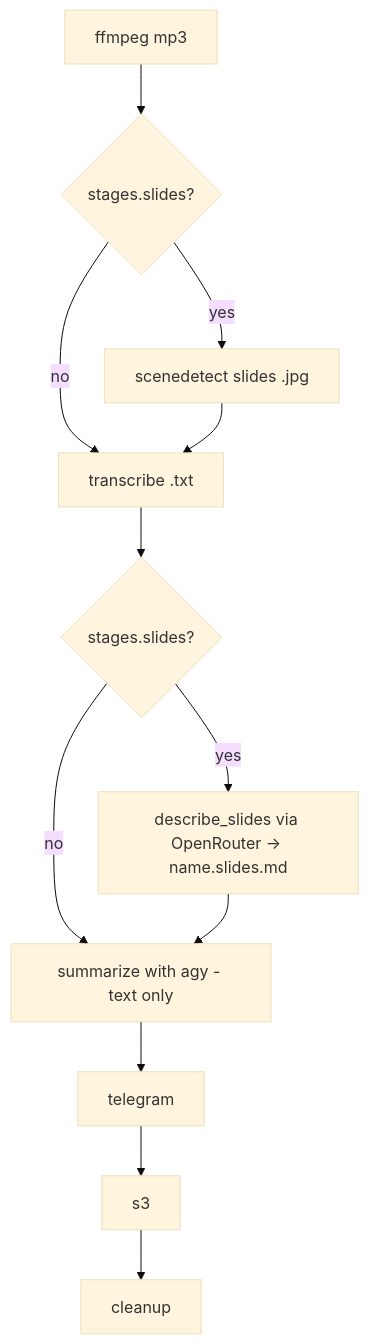
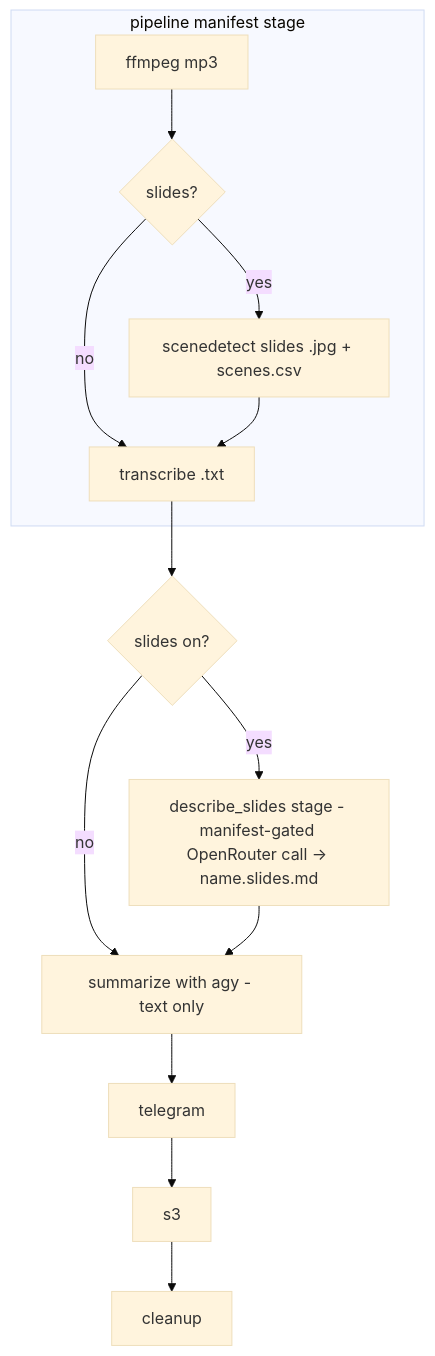
One commit to neurowitchers/transcriber changed the diagram in docs/specs/slide-description-openrouter.md. Above: the diagram before and after it, drawn with Mermaid (base theme). The commit also changed other lines of this file and 1 other file, not shown here.

````diff
--- a/docs/specs/slide-description-openrouter.md
+++ b/docs/specs/slide-description-openrouter.md
@@ -117,12 +176,14 @@
 ```mermaid
 flowchart TD
-    A[ffmpeg mp3] --> B{stages.slides?}
-    B -- yes --> C[scenedetect slides .jpg]
-    B -- no --> D[transcribe .txt]
-    C --> D
-    D --> E{stages.slides?}
-    E -- yes --> F[describe_slides via OpenRouter -> name.slides.md]
+    subgraph pipeline_stage[pipeline manifest stage]
+        A[ffmpeg mp3] --> C{slides?}
+        C -- yes --> S[scenedetect slides .jpg + scenes.csv]
+        C -- no --> D[transcribe .txt]
+        S --> D
+    end
+    D --> E{slides on?}
+    E -- yes --> F[describe_slides stage - manifest-gated OpenRouter call -> name.slides.md]
     E -- no --> G[summarize with agy - text only]
     F --> G
     G --> H[telegram] --> I[s3] --> J[cleanup]
 ```
````
